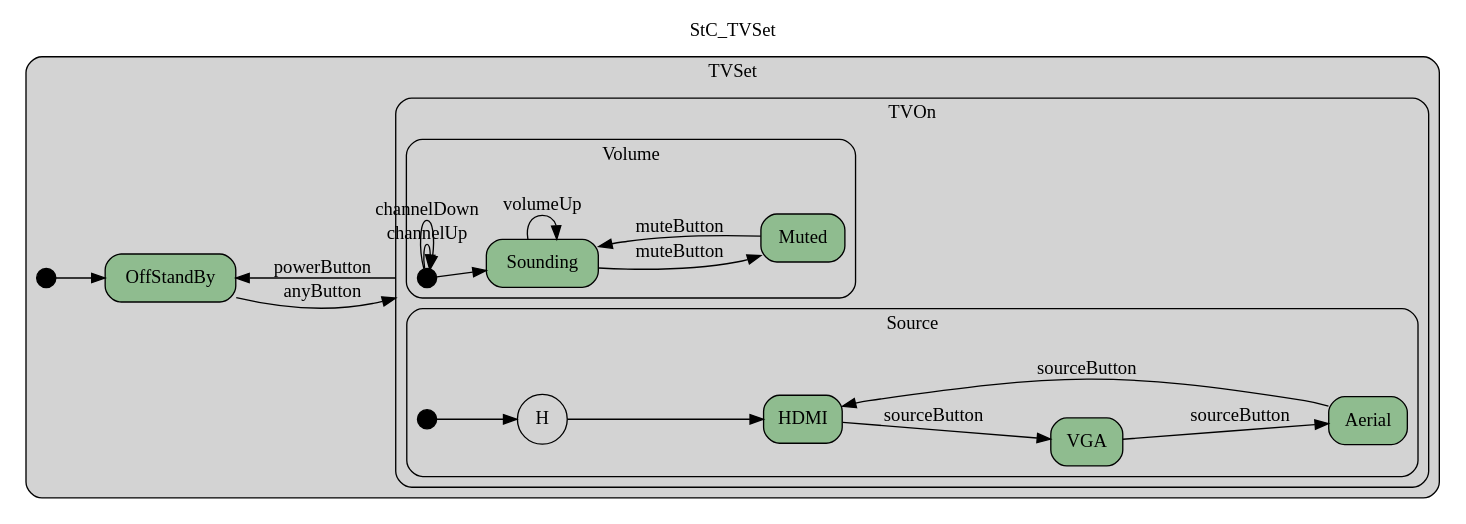
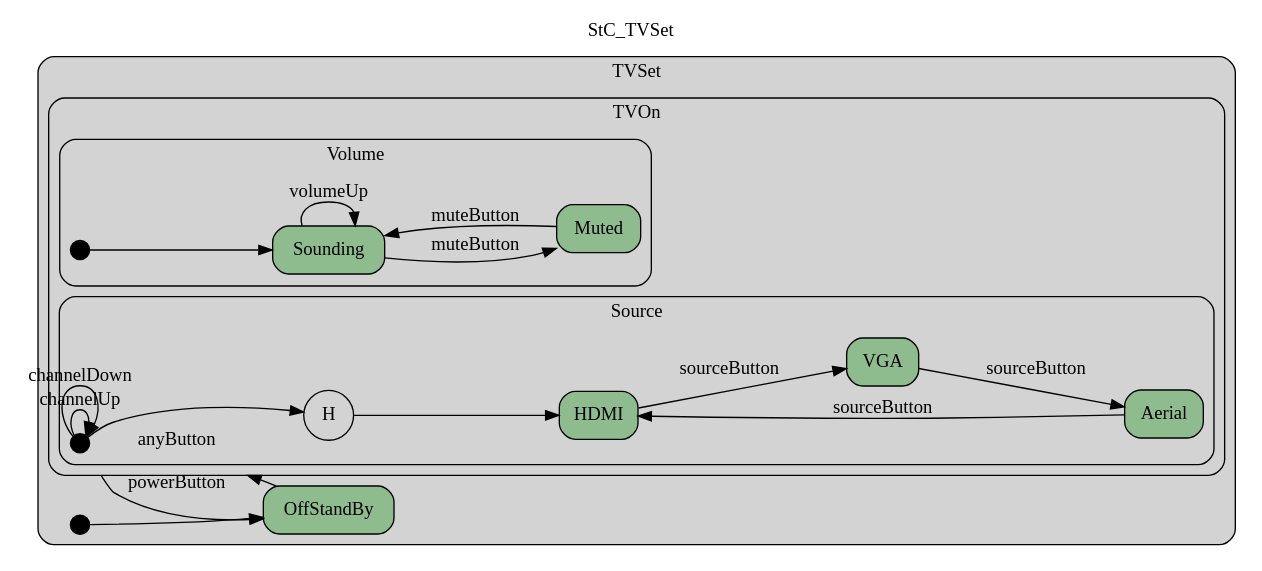
The diagram in Haskell/Statecharts/Examples/img/StC_TVSet.gv (namalio/Fragmenta), drawn with Graphviz before and after one commit. The commit also changed 70 other files, not shown here.

```diff
--- a/Haskell/Statecharts/Examples/img/StC_TVSet.gv
+++ b/Haskell/Statecharts/Examples/img/StC_TVSet.gv
@@ -1,58 +1,58 @@
 digraph {
 compound=true;
 rankdir=LR;
 label="StC_TVSet";
 labelloc=t;
 subgraph cluster_TVSet {
 style="filled,rounded";
 label ="TVSet";
 fillcolor = lightgray;
 init_St [shape = point,fillcolor=black,height=.2,width=.2,label=""];
 
-OffStandBy [shape=box,fillcolor=darkseagreen,style="filled,rounded",label=OffStandBy];
 subgraph cluster_TVOn {
 style="filled,rounded";
 label ="TVOn";
 fillcolor = lightgray;
 subgraph cluster_Volume {
 style="filled,rounded";
 label ="Volume";
 fillcolor = lightgray;
 initVolume_St [shape = point,fillcolor=black,height=.2,width=.2,label=""];
 
+Muted [shape=box,fillcolor=darkseagreen,style="filled,rounded",label=Muted];
 Sounding [shape=box,fillcolor=darkseagreen,style="filled,rounded",label=Sounding];
-Muted [shape=box,fillcolor=darkseagreen,style="filled,rounded",label=Muted];
 
 initVolume_St->Sounding[label="",  ];
-Sounding->Muted[label="muteButton",  ];
 Muted->Sounding[label="muteButton",  ];
 Sounding->Sounding[label="volumeUp",  ];
+Sounding->Muted[label="muteButton",  ];
 }
 subgraph cluster_Source {
 style="filled,rounded";
 label ="Source";
 fillcolor = lightgray;
+historySource_St [shape = circle,fillcolor=black,label="H"];
+
+VGA [shape=box,fillcolor=darkseagreen,style="filled,rounded",label=VGA];
+Aerial [shape=box,fillcolor=darkseagreen,style="filled,rounded",label=Aerial];
+HDMI [shape=box,fillcolor=darkseagreen,style="filled,rounded",label=HDMI];
 initSource_St [shape = point,fillcolor=black,height=.2,width=.2,label=""];
 
-historySource_St [shape = circle,fillcolor=black,label="H"];
 
-HDMI [shape=box,fillcolor=darkseagreen,style="filled,rounded",label=HDMI];
-VGA [shape=box,fillcolor=darkseagreen,style="filled,rounded",label=VGA];
-Aerial [shape=box,fillcolor=darkseagreen,style="filled,rounded",label=Aerial];
-
-initSource_St->historySource_St[label="",  ];
 historySource_St->HDMI[label="",  ];
-HDMI->VGA[label="sourceButton",  ];
 VGA->Aerial[label="sourceButton",  ];
 Aerial->HDMI[label="sourceButton",  ];
+HDMI->VGA[label="sourceButton",  ];
+initSource_St->historySource_St[label="",  ];
 }
 }
 
+OffStandBy [shape=box,fillcolor=darkseagreen,style="filled,rounded",label=OffStandBy];
 
 init_St->OffStandBy[label="",  ];
-OffStandBy->initVolume_St[label="anyButton",  lhead=cluster_TVOn];
-initVolume_St->initVolume_St[label="channelUp", ltail=cluster_TVOn lhead=cluster_TVOn];
-initVolume_St->initVolume_St[label="channelDown", ltail=cluster_TVOn lhead=cluster_TVOn];
-initVolume_St->OffStandBy[label="powerButton", ltail=cluster_TVOn ];
+initSource_St->initSource_St[label="channelUp", ltail=cluster_TVOn lhead=cluster_TVOn];
+initSource_St->OffStandBy[label="powerButton", ltail=cluster_TVOn ];
+initSource_St->initSource_St[label="channelDown", ltail=cluster_TVOn lhead=cluster_TVOn];
+OffStandBy->initSource_St[label="anyButton",  lhead=cluster_TVOn];
 }
 }
```
